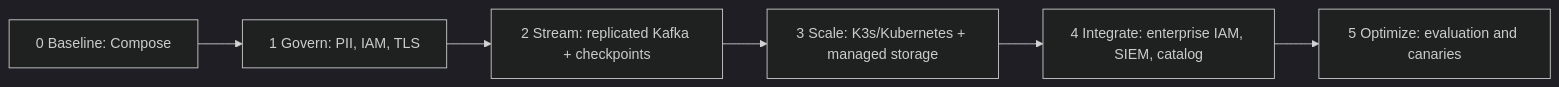
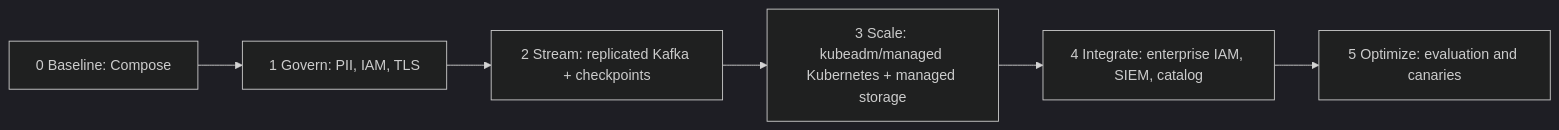
One commit to amazen33/omni-stream-RAG-mesh changed the ninth of 12 diagrams in docs/TOGAF_Architecture_Definition.md. Above: the diagram before and after it, drawn with Mermaid (dark theme). The commit also changed other lines of this file, not shown here.

Commit message:
Update docs/TOGAF_Architecture_Definition.md - 2026-09-19 18:17

````diff
--- a/docs/TOGAF_Architecture_Definition.md
+++ b/docs/TOGAF_Architecture_Definition.md
@@ -331,8 +333,8 @@
 ```mermaid
 flowchart LR
     Baseline[0 Baseline: Compose] --> Govern[1 Govern: PII, IAM, TLS]
     Govern --> Stream[2 Stream: replicated Kafka + checkpoints]
-    Stream --> Scale[3 Scale: K3s/Kubernetes + managed storage]
+    Stream --> Scale[3 Scale: kubeadm/managed Kubernetes + managed storage]
     Scale --> Integrate[4 Integrate: enterprise IAM, SIEM, catalog]
     Integrate --> Optimize[5 Optimize: evaluation and canaries]
 ```
````
